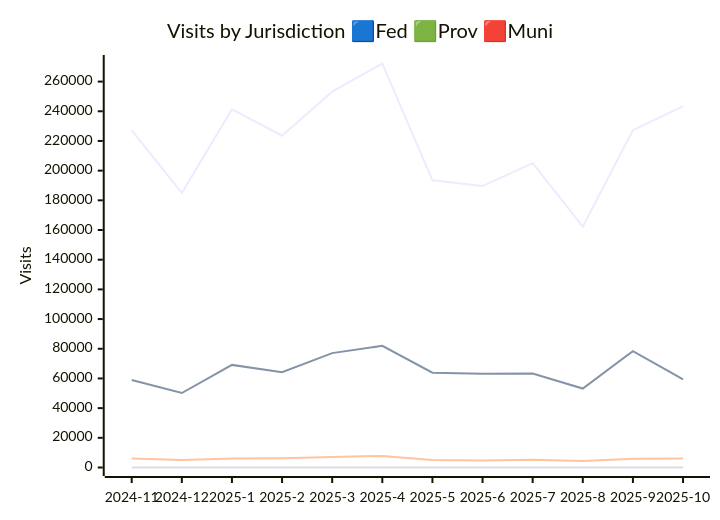
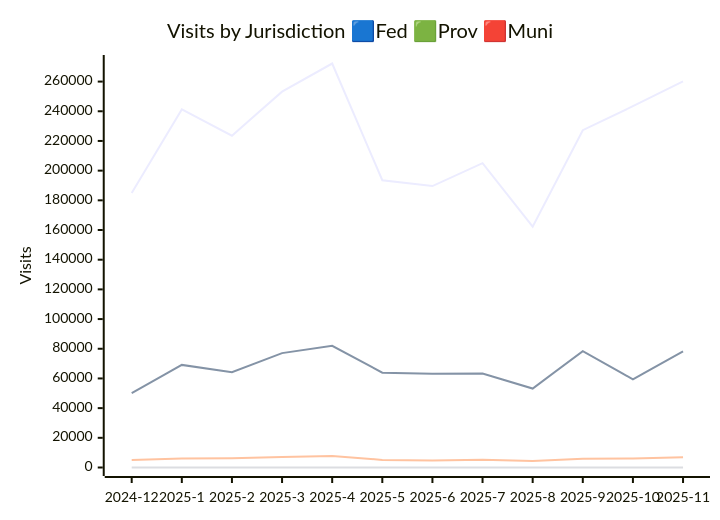
One commit to PatLittle/analytics-corporate-reporting changed the second of 3 diagrams in JURISDICTION_ANALYTICS_REPORT/readme.md. Above: the diagram before and after it, drawn with Mermaid. The commit also changed other lines of this file and 3 other files, not shown here.

````diff
--- a/JURISDICTION_ANALYTICS_REPORT/readme.md
+++ b/JURISDICTION_ANALYTICS_REPORT/readme.md
@@ -28,11 +28,11 @@
 ```mermaid
 
 xychart-beta
     title "Visits by Jurisdiction 🟦Fed 🟩Prov 🟥Muni"
-    x-axis [2024-11, 2024-12, 2025-1, 2025-2, 2025-3, 2025-4, 2025-5, 2025-6, 2025-7, 2025-8, 2025-9, 2025-10]
+    x-axis [2024-12, 2025-1, 2025-2, 2025-3, 2025-4, 2025-5, 2025-6, 2025-7, 2025-8, 2025-9, 2025-10, 2025-11]
     y-axis "Visits" 0 --> 272184
-    line [227111, 184987, 241281, 223560, 253204, 272174, 193520, 189613, 205048, 162241, 227241, 243414]
-    line [58978, 50156, 69132, 64214, 77074, 81935, 63910, 63118, 63349, 53202, 78407, 59414]
-    line [6051, 4970, 6012, 6298, 7116, 7800, 5126, 4797, 5298, 4430, 5844, 6122]
-    line [0, 0, 0, 0, 0, 0, 0, 0, 0, 0, 0, 13]
+    line [184987, 241281, 223560, 253204, 272174, 193520, 189613, 205048, 162241, 227241, 243414, 260165]
+    line [50156, 69132, 64214, 77074, 81935, 63910, 63118, 63349, 53202, 78407, 59414, 78240]
+    line [4970, 6012, 6298, 7116, 7800, 5126, 4797, 5298, 4430, 5844, 6122, 6977]
+    line [0, 0, 0, 0, 0, 0, 0, 0, 0, 0, 13, 7]
 ```
````
